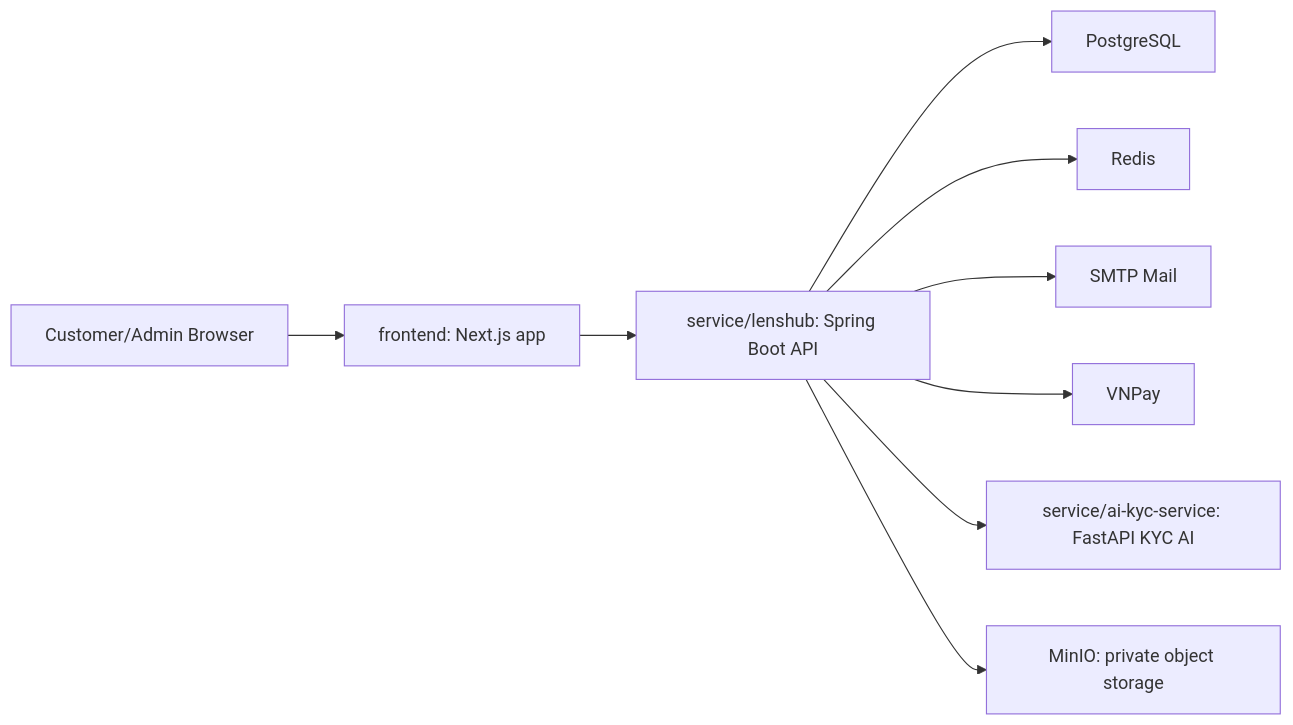
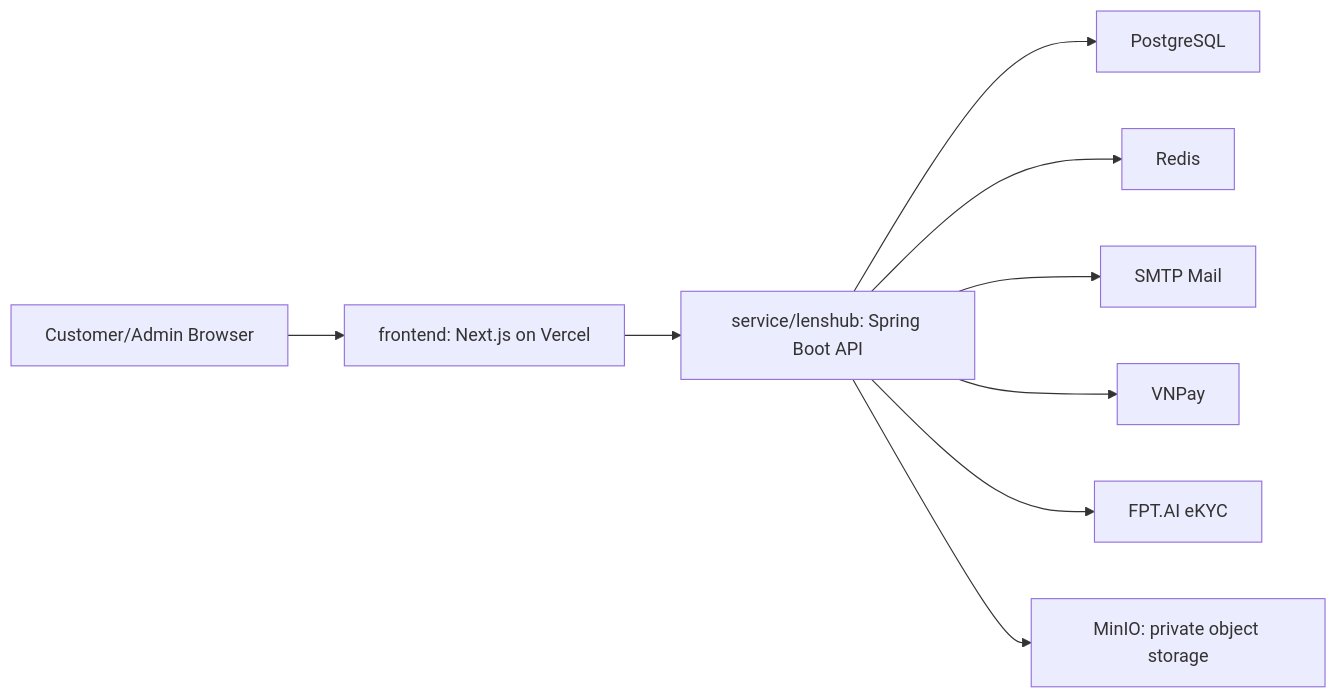
One commit to ZzZueszZ/digital-rental changed the first of 4 diagrams in docs/system-architecture.md. Above: the diagram before and after it, drawn with Mermaid. The commit also changed other lines of this file and 29 other files, not shown here.

````diff
--- a/docs/system-architecture.md
+++ b/docs/system-architecture.md
@@ -12,11 +12,11 @@
 ```mermaid
 flowchart LR
-  Customer["Customer/Admin Browser"] --> Next["frontend: Next.js app"]
+  Customer["Customer/Admin Browser"] --> Next["frontend: Next.js on Vercel"]
   Next --> API["service/lenshub: Spring Boot API"]
   API --> PG["PostgreSQL"]
   API --> Redis["Redis"]
   API --> Mail["SMTP Mail"]
   API --> VNPay["VNPay"]
-  API --> AIKYC["service/ai-kyc-service: FastAPI KYC AI"]
+  API --> FPT["FPT.AI eKYC"]
   API --> MinIO["MinIO: private object storage"]
 ```
````
